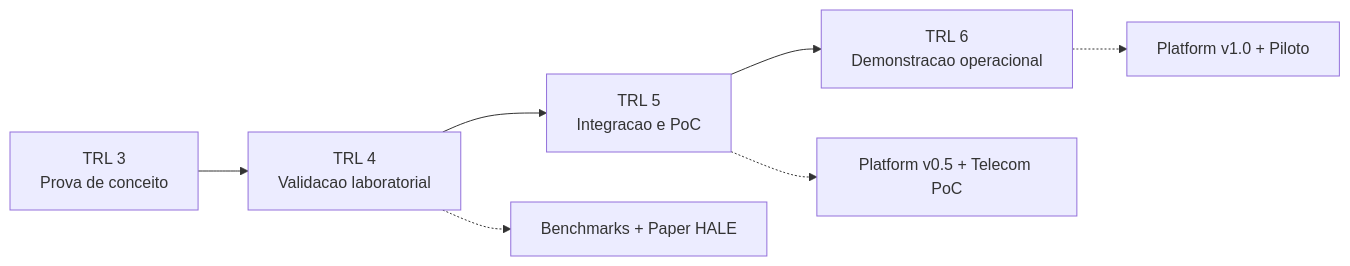
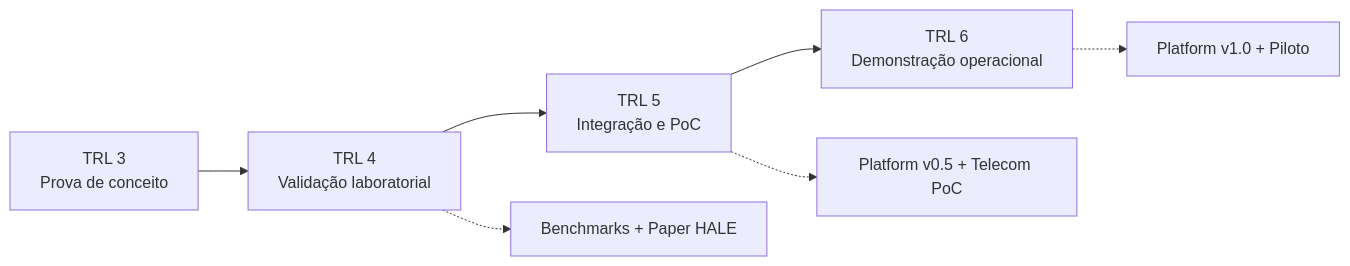
One commit to guilherme-machado-ceo/hubstry-security changed the diagram in roadmap/2026-2027.md. Above: the diagram before and after it, drawn with Mermaid.

Commit message:
Corrige acentuação

````diff
--- a/roadmap/2026-2027.md
+++ b/roadmap/2026-2027.md
@@ -14,9 +14,9 @@
 ```mermaid
 flowchart LR
-    A[TRL 3<br/>Prova de conceito] --> B[TRL 4<br/>Validacao laboratorial]
-    B --> C[TRL 5<br/>Integracao e PoC]
-    C --> D[TRL 6<br/>Demonstracao operacional]
+    A[TRL 3<br/>Prova de conceito] --> B[TRL 4<br/>Validação laboratorial]
+    B --> C[TRL 5<br/>Integração e PoC]
+    C --> D[TRL 6<br/>Demonstração operacional]
     B -.-> B1[Benchmarks + Paper HALE]
     C -.-> C1[Platform v0.5 + Telecom PoC]
     D -.-> D1[Platform v1.0 + Piloto]
 ```
````
